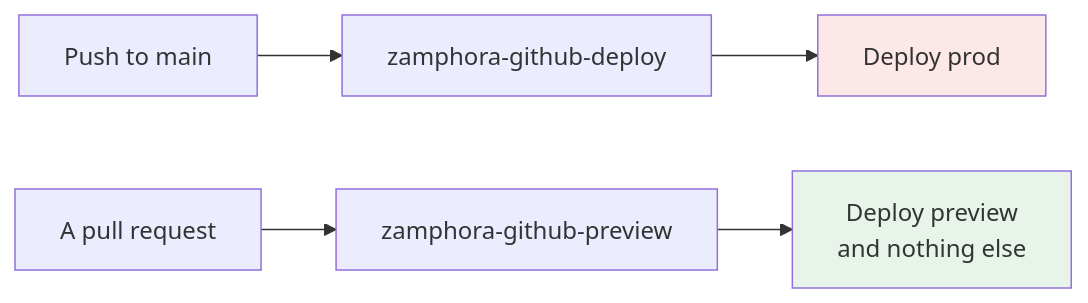
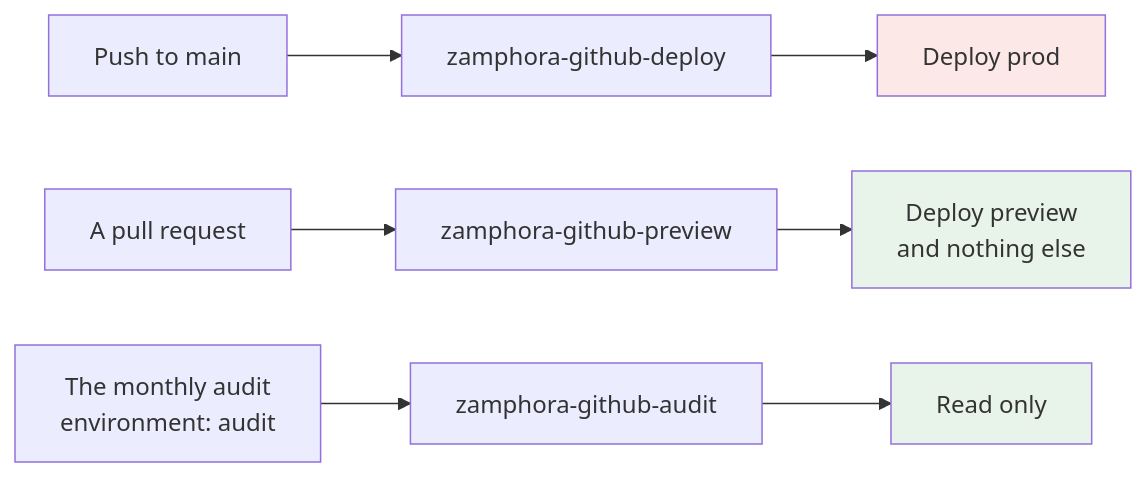
Before and after one commit to poszetkristof/zamphora: the tenth of 12 diagrams in docs/learn/aws-and-the-pipeline.md, drawn with Mermaid. The commit also changed other lines of this file and 58 other files, not shown here.

First line of the commit message:
docs: sync all docs, architectural change in infra, 900-security, learning materials (#9)

````diff
--- a/docs/learn/aws-and-the-pipeline.md
+++ b/docs/learn/aws-and-the-pipeline.md
@@ -151,10 +1052,13 @@
 ```mermaid
 flowchart LR
     M["Push to main"] --> RD["zamphora-github-deploy"]
     P["A pull request"] --> RP["zamphora-github-preview"]
+    S["The monthly audit<br/>environment: audit"] --> RA["zamphora-github-audit"]
     RD --> PROD["Deploy prod"]
     RP --> PRE["Deploy preview<br/>and nothing else"]
+    RA --> RO["Read only"]
 
     style PROD fill:#fde8e8
     style PRE fill:#e8f4ea
+    style RO fill:#e8f4ea
 ```
````
